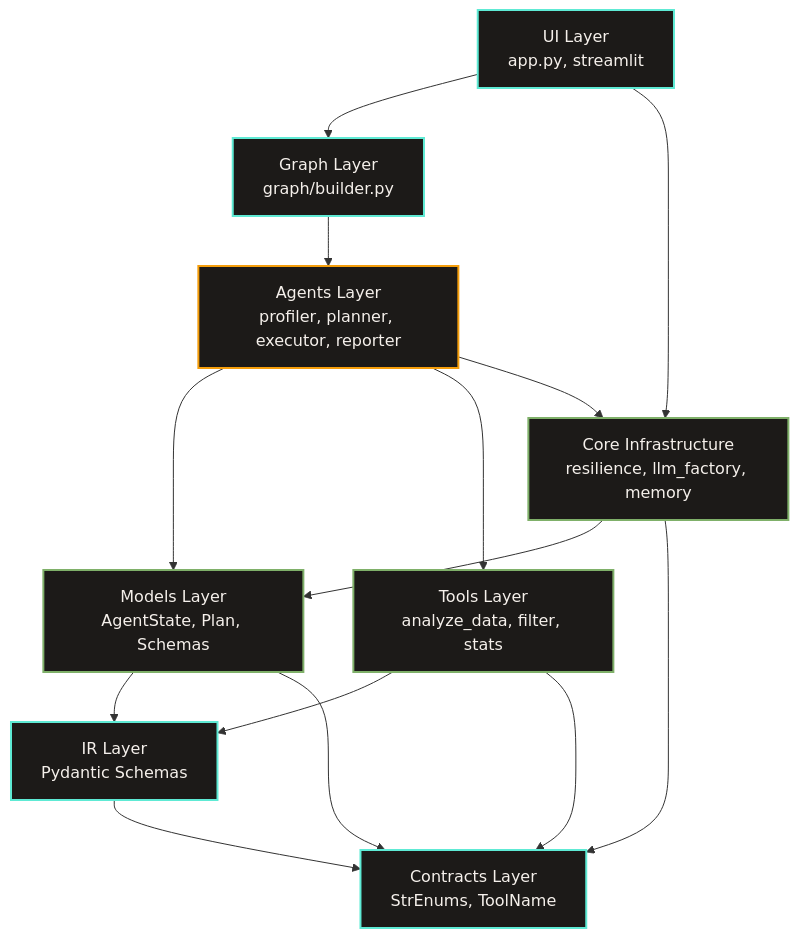
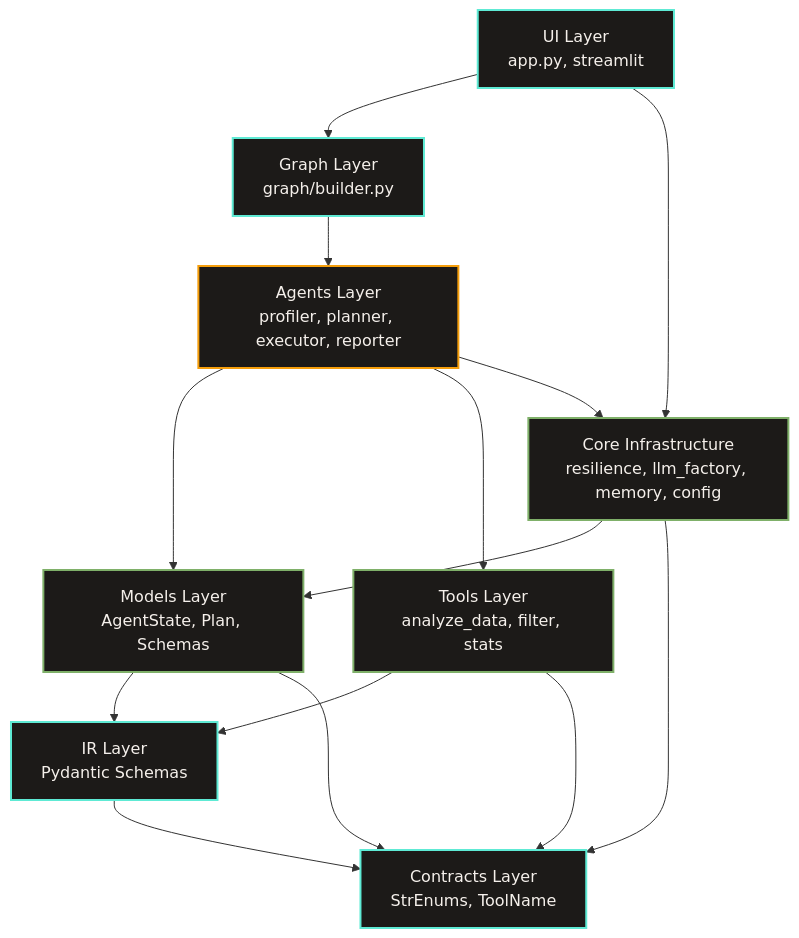
One commit to mohamadmeri/scrygent changed the first of 4 diagrams in docs/ARCHITECTURE.md. Above: the diagram before and after it, drawn with Mermaid. The commit also changed other lines of this file and 4 other files, not shown here.

First line of the commit message:
docs: update architecture docs and align test structure with flattened memory

````diff
--- a/docs/ARCHITECTURE.md
+++ b/docs/ARCHITECTURE.md
@@ -55,26 +55,26 @@
 ```mermaid
 flowchart TD
     UI[UI Layer<br/>app.py, streamlit] --> Graph
     UI --> Core
     Graph[Graph Layer<br/>graph/builder.py] --> Agents
     Agents[Agents Layer<br/>profiler, planner, executor, reporter] --> Models
     Agents --> Tools
     Agents --> Core
     Models[Models Layer<br/>AgentState, Plan, Schemas] --> IR
     Models --> Contracts
     Tools[Tools Layer<br/>analyze_data, filter, stats] --> IR
     Tools --> Contracts
-    Core[Core Infrastructure<br/>resilience, llm_factory, memory] --> Models
+    Core[Core Infrastructure<br/>resilience, llm_factory, memory, config] --> Models
     Core --> Contracts
     IR[IR Layer<br/>Pydantic Schemas] --> Contracts
     Contracts[Contracts Layer<br/>StrEnums, ToolName]
     
     style UI fill:#1C1A18,stroke:#5EEAD4,stroke-width:2px,color:#F5F0EB
     style Graph fill:#1C1A18,stroke:#5EEAD4,stroke-width:2px,color:#F5F0EB
     style Agents fill:#1C1A18,stroke:#F59E0B,stroke-width:2px,color:#F5F0EB
     style Models fill:#1C1A18,stroke:#7FB069,stroke-width:2px,color:#F5F0EB
     style Tools fill:#1C1A18,stroke:#7FB069,stroke-width:2px,color:#F5F0EB
     style Core fill:#1C1A18,stroke:#7FB069,stroke-width:2px,color:#F5F0EB
     style IR fill:#1C1A18,stroke:#5EEAD4,stroke-width:2px,color:#F5F0EB
     style Contracts fill:#1C1A18,stroke:#5EEAD4,stroke-width:2px,color:#F5F0EB
 ```
````
